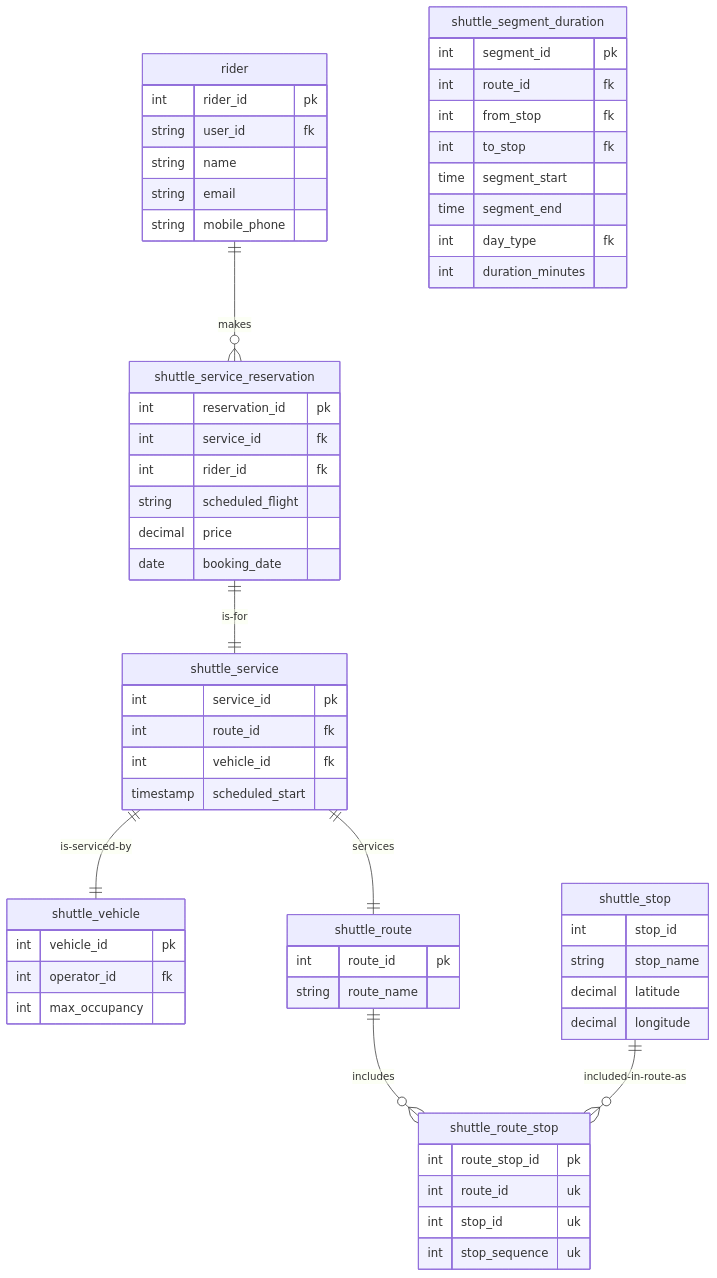
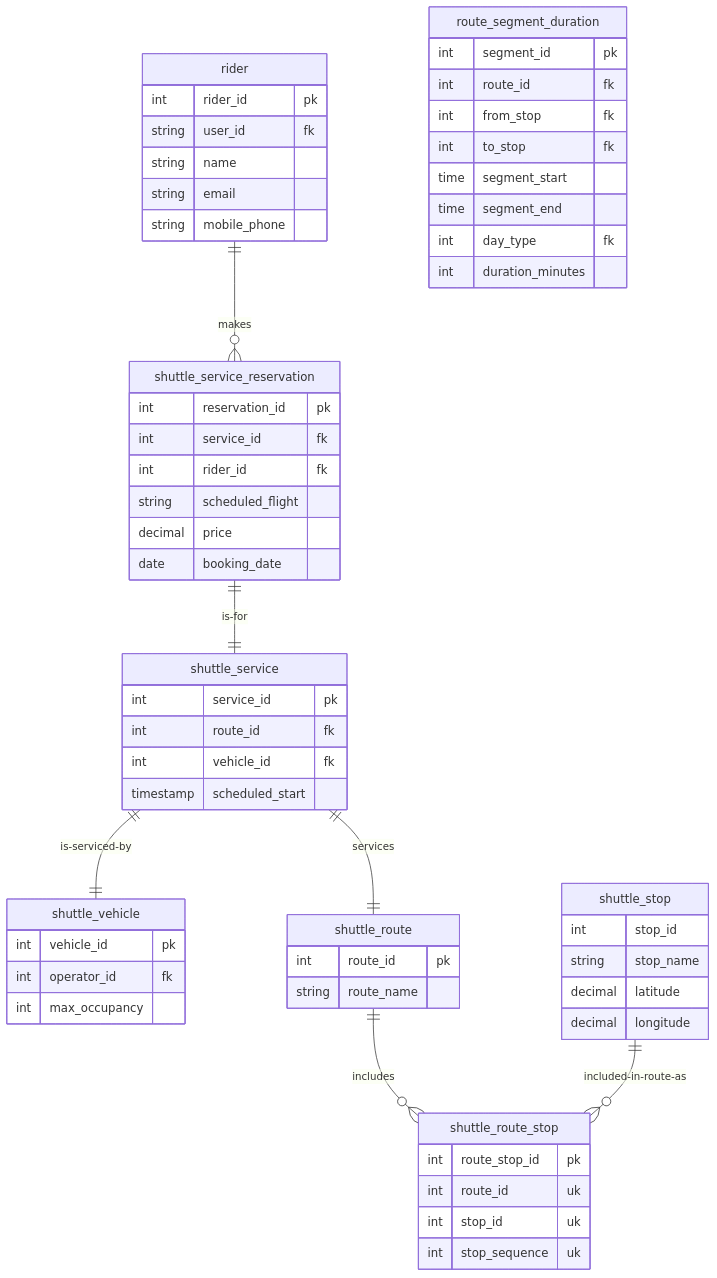
The diagram in README.md (Snookblast/coding-challenge), drawn with Mermaid before and after one commit.

````diff
--- a/README.md
+++ b/README.md
@@ -3,70 +3,70 @@
 ```mermaid
 erDiagram
     rider {
         int rider_id pk
         string user_id fk
         string name
         string email
         string mobile_phone
     }
 
     shuttle_service_reservation {
         int reservation_id pk
         int service_id fk
         int rider_id fk
         string scheduled_flight
         decimal price 
         date booking_date 
     }
 
     shuttle_service {
         int service_id pk
         int route_id fk
         int vehicle_id fk
         timestamp  scheduled_start
     }
 
     shuttle_vehicle {
       int vehicle_id pk
       int operator_id fk
       int max_occupancy
     }
 
     shuttle_route {
         int route_id pk
         string route_name 
     }
 
     shuttle_stop {
         int stop_id
         string stop_name
         decimal latitude
         decimal longitude
     }
     
     shuttle_route_stop {
         int route_stop_id pk
         int route_id uk
         int stop_id uk
         int stop_sequence uk
     }
 
-    shuttle_segment_duration {
+    route_segment_duration {
         int segment_id pk
         int route_id fk
         int from_stop fk
         int to_stop fk
         time segment_start
         time segment_end
         int day_type fk
         int duration_minutes
     }
 
     rider ||--o{ shuttle_service_reservation : makes
     shuttle_service_reservation ||--|| shuttle_service : is-for
     shuttle_service ||--|| shuttle_route : services
     shuttle_service ||--|| shuttle_vehicle : is-serviced-by
     shuttle_route ||--o{ shuttle_route_stop : includes
     shuttle_stop ||--o{ shuttle_route_stop : included-in-route-as
 
 ```
````
